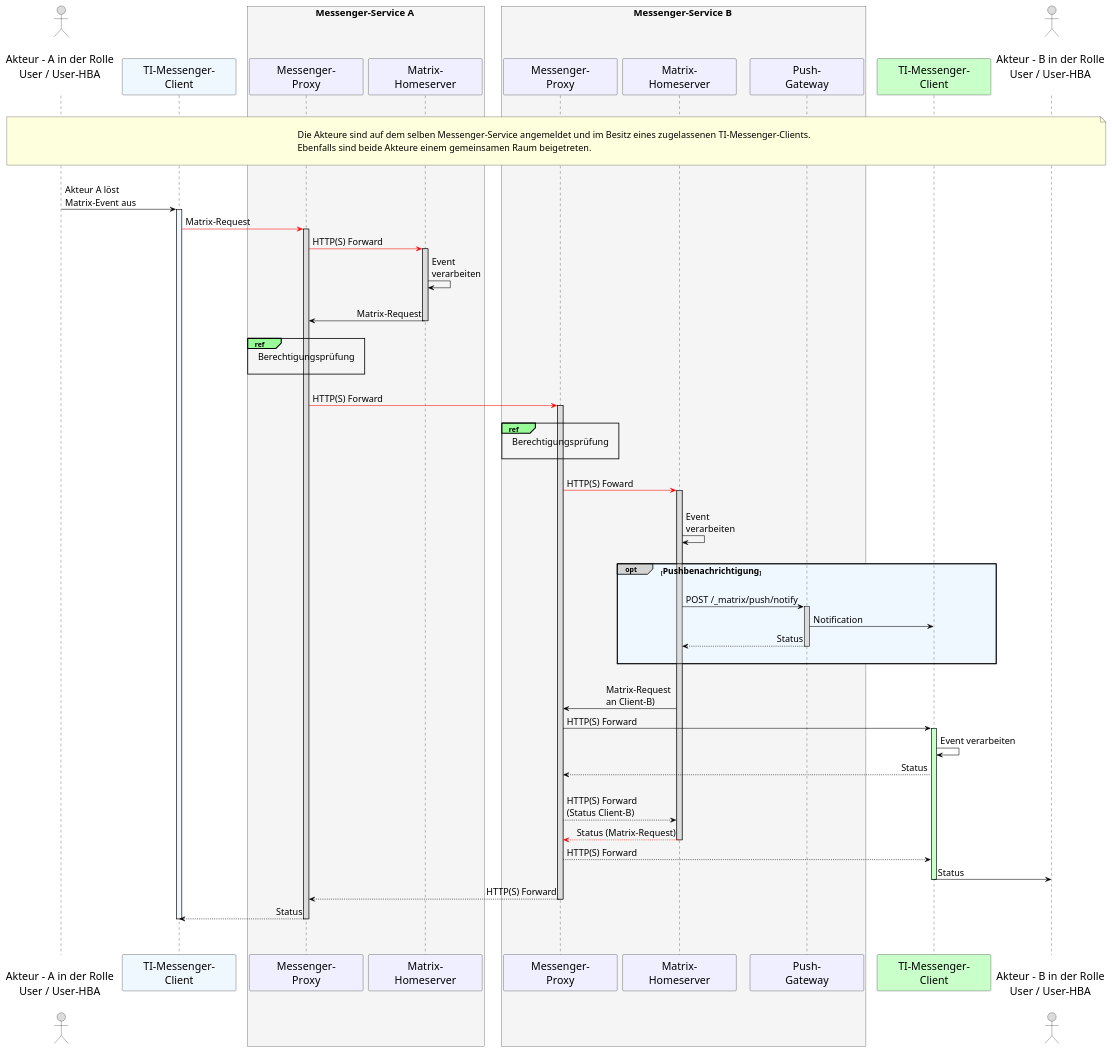
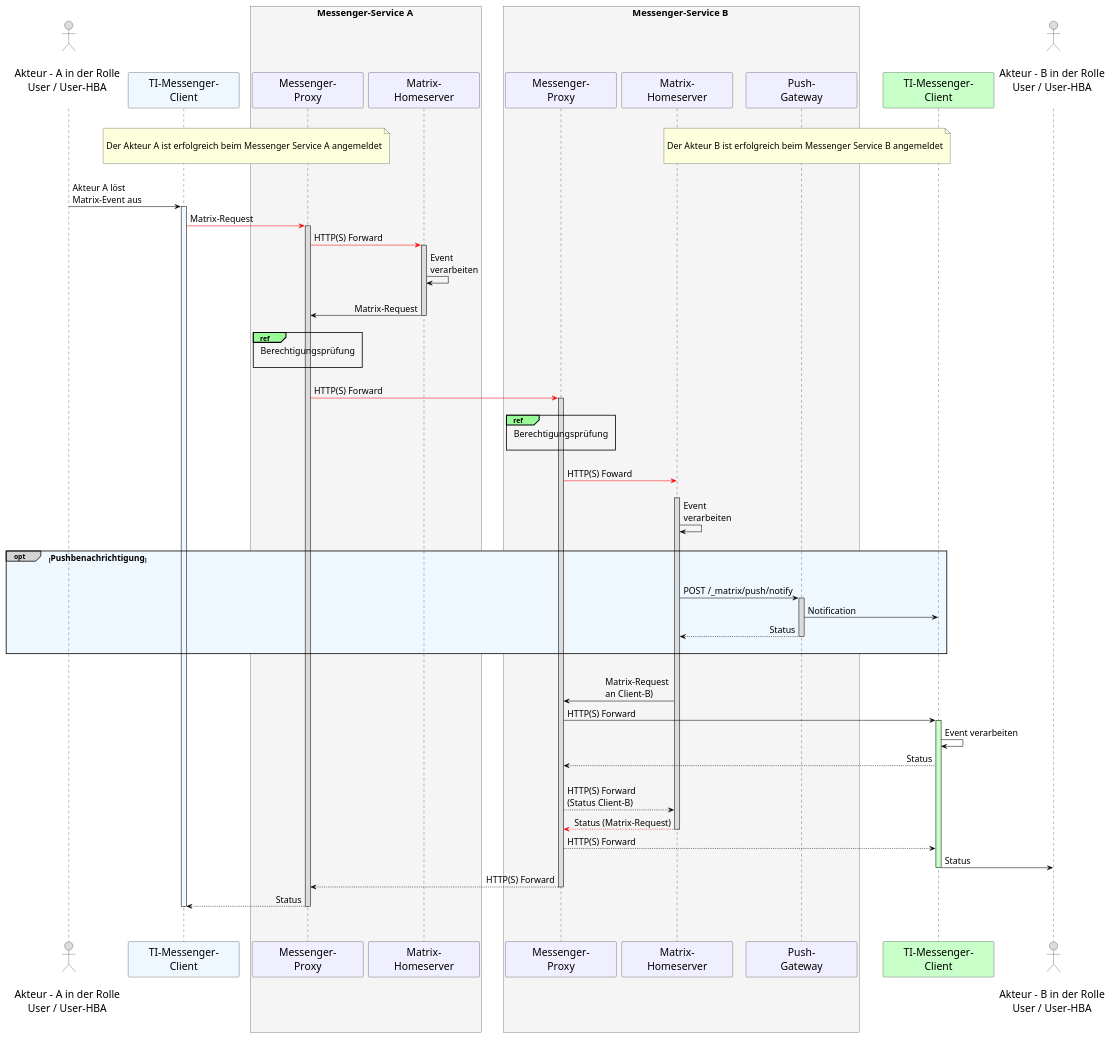
One commit to gematik/api-ti-messenger changed the diagram in src/plantuml/TI-Messenger-Dienst/Ressourcen/UC_10062_Seq.puml. Above: the diagram before and after it, drawn with PlantUML. The commit also changed 1 other file, not shown here.

```diff
--- a/src/plantuml/TI-Messenger-Dienst/Ressourcen/UC_10062_Seq.puml
+++ b/src/plantuml/TI-Messenger-Dienst/Ressourcen/UC_10062_Seq.puml
@@ -9,101 +9,103 @@
 @startuml
+!pragma teoz true
 skinparam sequenceMessageAlign direction
 skinparam minClassWidth 200
 skinparam BoxPadding 15
 skinparam sequenceReferenceHeaderBackgroundColor palegreen
 scale max 2048 width
 
 skinparam sequence {
 ArrowColor black
 ArrowFontSize 17
 ActorBorderColor black
 LifeLineBorderColor black
 LifeLineBackgroundColor Gainsboro
 
 ParticipantBorderColor Motivation
 ParticipantBackgroundColor Motivation
 ParticipantFontSize 20
 ParticipantFontColor black
 ParticipantBorderColor Black
 ParticipantBackgroundColor MOTIVATION
 
 ActorBackgroundColor Gainsboro
 ActorFontColor black
 ActorFontSize 20
 ActorFontName Aapex
 }
     actor U1 as "\nAkteur - A in der Rolle\nUser / User-HBA\n"
     participant C1 as "TI-Messenger-\nClient" #AliceBlue
     box <size:18>Messenger-Service A</size> #WhiteSmoke
       participant MP1 as "Messenger-\nProxy"
       participant MH1 as "Matrix-\nHomeserver"
     end box
     box <size:18>Messenger-Service B</size> #WhiteSmoke
     participant MP2 as "Messenger-\nProxy"
     participant MH2 as "Matrix-\nHomeserver"
     participant PG2 as "Push-\nGateway"
     end box
     participant C2 as "TI-Messenger-\nClient" #TECHNOLOGY
     actor U2 as "\nAkteur - B in der Rolle\nUser / User-HBA\n"
     
 |||
-note over U1, U2: \n<size:17>Die Akteure sind auf dem selben Messenger-Service angemeldet und im Besitz eines zugelassenen TI-Messenger-Clients.</size>\n<size:17>Ebenfalls sind beide Akteure einem gemeinsamen Raum beigetreten.</size>\n
+/ note over U1, MH1: \n<size:17>Der Akteur A ist erfolgreich beim Messenger Service A angemeldet</size>\n   
+/ note over U2, MP2: \n<size:17>Der Akteur B ist erfolgreich beim Messenger Service B angemeldet</size>\n    
 |||
 
   U1->C1: Akteur A löst\nMatrix-Event aus
     activate C1 #AliceBlue
   C1-[#red]>MP1: Matrix-Request
     activate MP1
   MP1-[#red]>MH1: HTTP(S) Forward
     activate MH1
   MH1->MH1: Event \nverarbeiten
   |||
   MH1->MP1: Matrix-Request
     deactivate MH1
     |||
     ref over MP1, MP1: <size:17>Berechtigungsprüfung</size>\n    
   |||  
   MP1-[#red]>MP2: HTTP(S) Forward
     activate MP2
   |||
   ref over MP2, MP2: <size:17>Berechtigungsprüfung</size>\n 
   |||
   MP2-[#red]>MH2: HTTP(S) Foward
   |||
 
     activate MH2
   MH2->MH2: Event \nverarbeiten
   |||
  
   opt#LightGrey #AliceBlue <size:16>Pushbenachrichtigung</size>
   |||
     MH2->PG2: POST /_matrix/push/notify
       activate PG2
     PG2->C2: Notification
     PG2-->MH2: Status
       deactivate PG2
   |||
   end
   |||
 
   MH2->MP2: Matrix-Request \nan Client-B)
   MP2->C2: HTTP(S) Forward 
     activate C2 #TECHNOLOGY
   C2->C2: Event verarbeiten
 
   C2-->MP2: Status
   |||
   MP2-->MH2: HTTP(S) Forward \n(Status Client-B)
   MH2--[#red]>MP2: Status (Matrix-Request)
     deactivate MH2
   MP2-->C2: HTTP(S) Forward
   C2->U2: Status
     deactivate C2
   MP2-->MP1: HTTP(S) Forward
     deactivate MP2
   MP1-->C1: Status
     deactivate MP1
     deactivate C1
   |||
 |||
 @enduml
```
